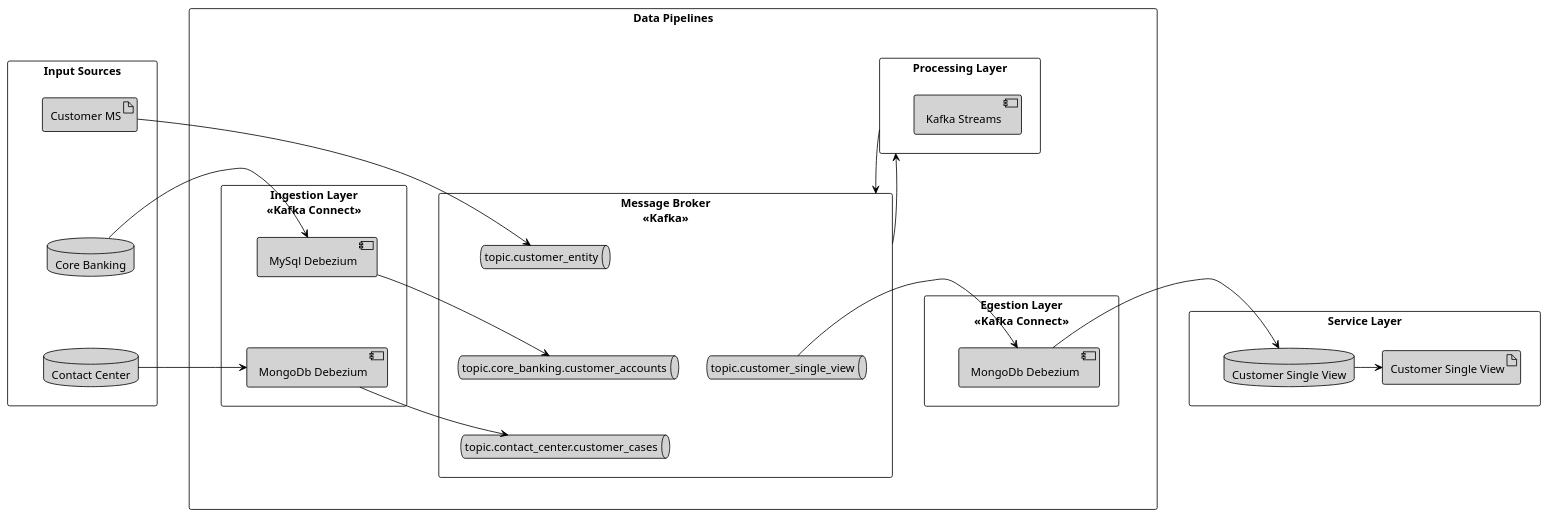
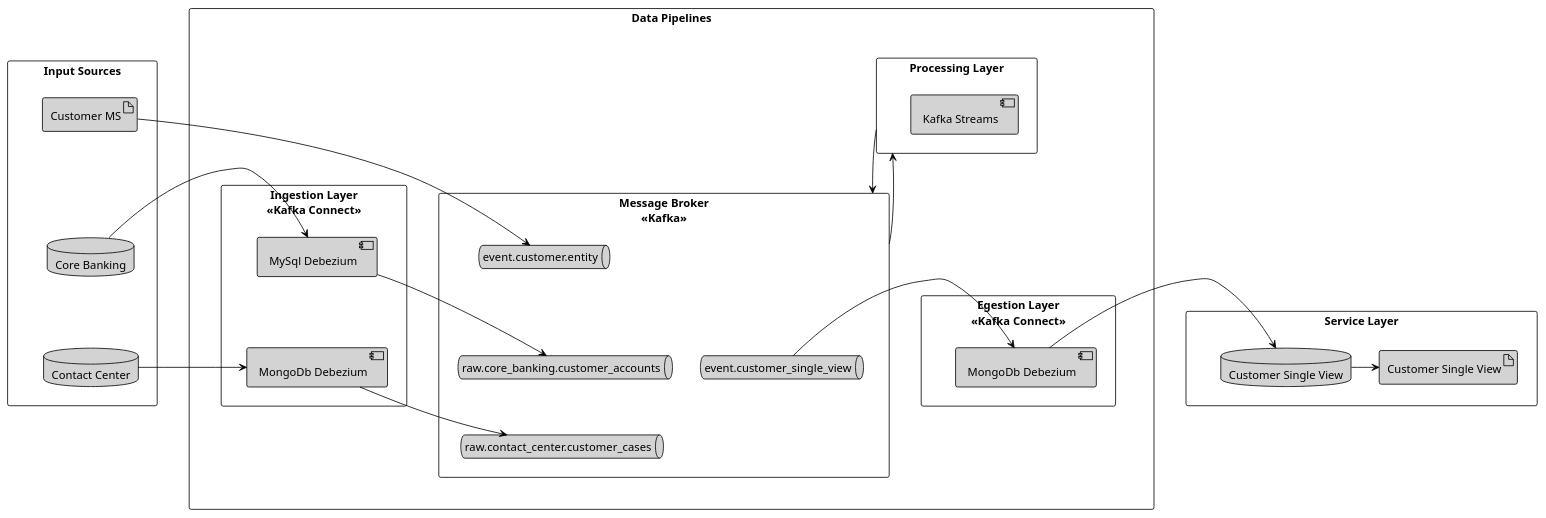
Before and after one commit to scalvetr/costomer-single-view: the diagram in doc/system-design.puml, drawn with PlantUML. The commit also changed 1 other file, not shown here.

Commit message:
changed topic names

```diff
--- a/doc/system-design.puml
+++ b/doc/system-design.puml
@@ -1,93 +1,93 @@
 @startuml
 'https://plantuml.com/deployment-diagram
 ''!theme aws-orange
 
 <style>
 componentDiagram {
   BackGroundColor white
   LineThickness 1
   LineColor black
 }
 database {
     BackGroundColor: lightgrey;
 }
 artifact {
     BackGroundColor: lightgrey;
 }
 component {
     BackGroundColor: lightgrey;
 }
 queue {
     BackGroundColor: lightgrey;
 }
 </style>
 
 rectangle "Input Sources" as inputs {
     artifact "Customer MS" as ms_customer
     database "Core Banking" as db_core_banking
     database "Contact Center" as db_contact_center
 }
 
 rectangle "Data Pipelines" as pipelines {
     rectangle "Ingestion Layer\n<<Kafka Connect>>" as ingestion_layer {
        component "MySql Debezium" as ingest_mysql_debezium
        component "MongoDb Debezium" as ingest_mongodb_debezium
     }
     rectangle "Message Broker\n<<Kafka>>" as message_broker {
-        queue "topic.customer_entity" as topic_customer_entity
-        queue "topic.core_banking.customer_accounts" as topic_core_banking_customer_accounts
-        queue "topic.contact_center.customer_cases" as topic_contact_center_customer_cases
-        queue "topic.customer_single_view" as topic_customer_single_view
+        queue "event.customer.entity" as topic_customer_entity
+        queue "raw.core_banking.customer_accounts" as topic_core_banking_customer_accounts
+        queue "raw.contact_center.customer_cases" as topic_contact_center_customer_cases
+        queue "event.customer_single_view" as topic_customer_single_view
        }
 
     rectangle "Processing Layer" as processing_layer {
         component "Kafka Streams"
     }
 
     rectangle "Egestion Layer\n<<Kafka Connect>>" as egestion_layer {
        component "MongoDb Debezium" as egest_mongodb_debezium
     }
 
 }
 
 rectangle "Service Layer" as service_layer {
     artifact "Customer Single View" as ms_customer_single_view
     database "Customer Single View" as db_customer_single_view
 }
 
 inputs -[hidden]r-> pipelines
 pipelines -[hidden]r-> service_layer
 
 ingestion_layer -[hidden]r-> message_broker
 message_broker -[hidden]r-> egestion_layer
 
 
 ingestion_layer -[hidden]u-> processing_layer
 message_broker -u-> processing_layer
 egestion_layer -[hidden]u-> processing_layer
 
 processing_layer -> message_broker
 
 topic_customer_entity -[hidden]d-> topic_core_banking_customer_accounts
 topic_core_banking_customer_accounts -[hidden]d-> topic_contact_center_customer_cases
 topic_customer_single_view -[hidden]l-> topic_core_banking_customer_accounts
 
 ms_customer -[hidden]d-> db_core_banking
 db_core_banking -[hidden]d-> db_contact_center
 
 ingest_mysql_debezium -[hidden]d-> ingest_mongodb_debezium
 
 db_core_banking -r-> ingest_mysql_debezium
 db_contact_center -r-> ingest_mongodb_debezium
 
 ms_customer -r-> topic_customer_entity
 ingest_mysql_debezium -r-> topic_core_banking_customer_accounts
 ingest_mongodb_debezium -r-> topic_contact_center_customer_cases
 
 egest_mongodb_debezium -r-> db_customer_single_view
 topic_customer_single_view -r-> egest_mongodb_debezium
 
 db_customer_single_view -r-> ms_customer_single_view
 
 
 @enduml
```
